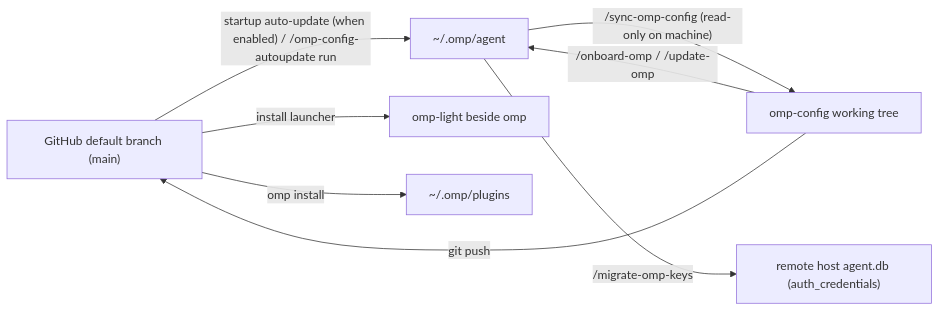
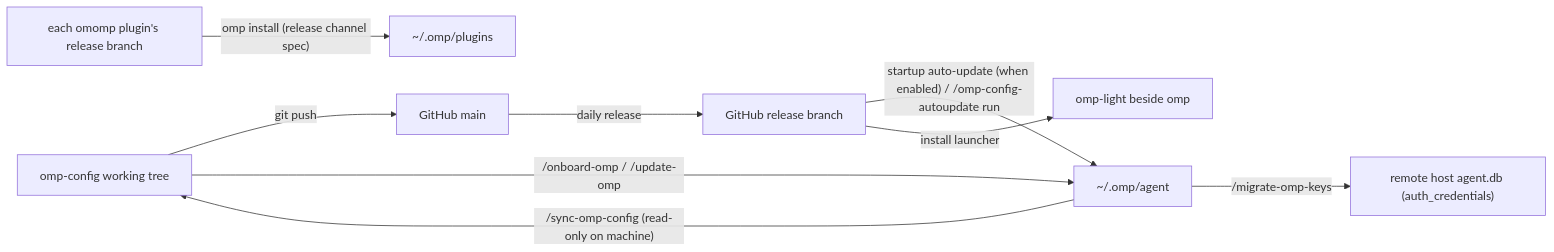
Before and after one commit to oh-my-omp/omp-config: the diagram in docs/operations.md, drawn with Mermaid. The commit also changed other lines of this file and 13 other files, not shown here.

First line of the commit message:
feat: switched startup auto-update and omomp plugin installs to the release channel

````diff
--- a/docs/operations.md
+++ b/docs/operations.md
@@ -5,10 +5,11 @@
 ```mermaid
 flowchart LR
-  gh["GitHub default branch (main)"] -->|"startup auto-update (when enabled) / /omp-config-autoupdate run"| local["~/.omp/agent"]
-  repo["omp-config working tree"] -->|"/onboard-omp / /update-omp"| local
+  repo["omp-config working tree"] -->|"git push"| gh["GitHub main"]
+  gh -->|"daily release"| rel["GitHub release branch"]
+  rel -->|"startup auto-update (when enabled) / /omp-config-autoupdate run"| local["~/.omp/agent"]
+  repo -->|"/onboard-omp / /update-omp"| local
   local -->|"/sync-omp-config (read-only on machine)"| repo
-  repo -->|"git push"| gh
-  gh -->|"install launcher"| light["omp-light beside omp"]
-  gh -->|"omp install"| plugins["~/.omp/plugins"]
+  rel -->|"install launcher"| light["omp-light beside omp"]
+  prel["each omomp plugin's release branch"] -->|"omp install (release channel spec)"| plugins["~/.omp/plugins"]
   local -->|"/migrate-omp-keys"| remote["remote host agent.db (auth_credentials)"]
 ```
````
